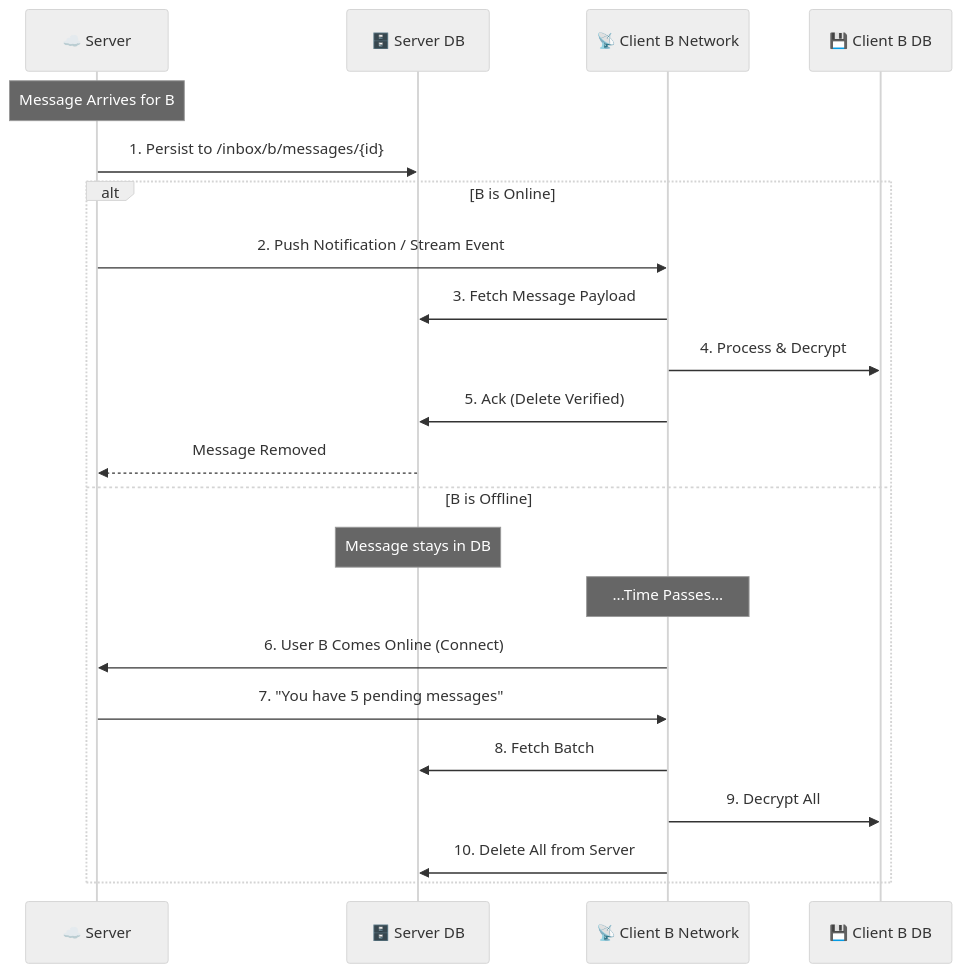
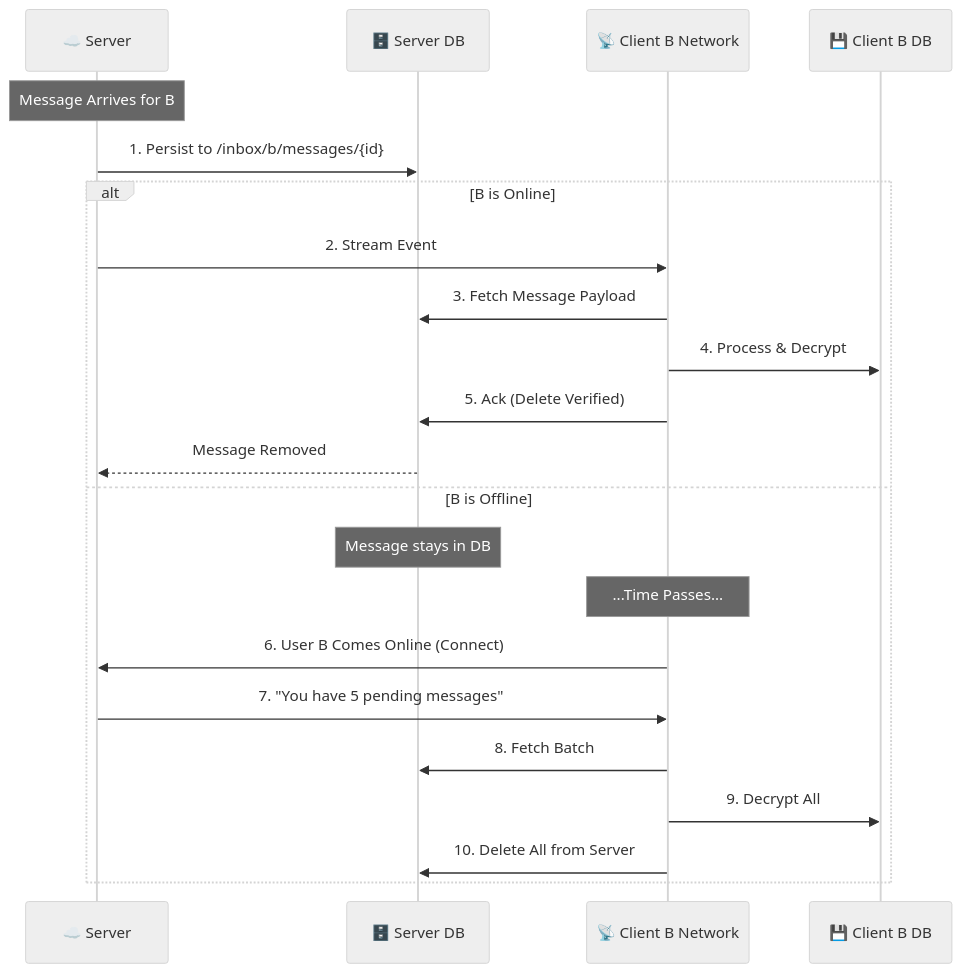
One commit to sameerctinfotech/temp-share changed the sixth of 18 diagrams in use_case.md. Above: the diagram before and after it, drawn with Mermaid (neutral theme). The commit also changed other lines of this file and 1 other file, not shown here.

````diff
--- a/use_case.md
+++ b/use_case.md
@@ -138,26 +138,26 @@
 ```mermaid
 sequenceDiagram
     participant Server as ☁️ Server
     participant SDB as 🗄️ Server DB
     participant CB_Net as 📡 Client B Network
     participant CB_DB as 💾 Client B DB
 
     Note over Server: Message Arrives for B
     Server->>SDB: 1. Persist to /inbox/b/messages/{id}
     
     alt B is Online
-        Server->>CB_Net: 2. Push Notification / Stream Event
+        Server->>CB_Net: 2. Stream Event
         CB_Net->>SDB: 3. Fetch Message Payload
         CB_Net->>CB_DB: 4. Process & Decrypt
         CB_Net->>SDB: 5. Ack (Delete Verified)
         SDB-->>Server: Message Removed
     else B is Offline
         Note over SDB: Message stays in DB
         Note over CB_Net: ...Time Passes...
         CB_Net->>Server: 6. User B Comes Online (Connect)
         Server->>CB_Net: 7. "You have 5 pending messages"
         CB_Net->>SDB: 8. Fetch Batch
         CB_Net->>CB_DB: 9. Decrypt All
         CB_Net->>SDB: 10. Delete All from Server
     end
 ```
````
